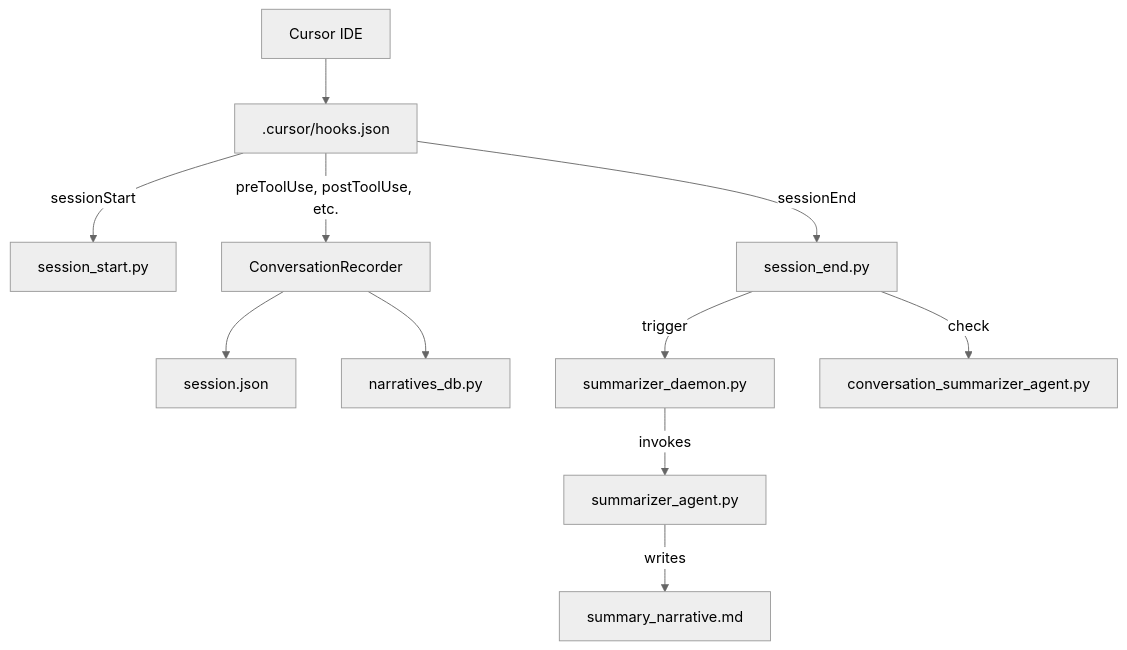
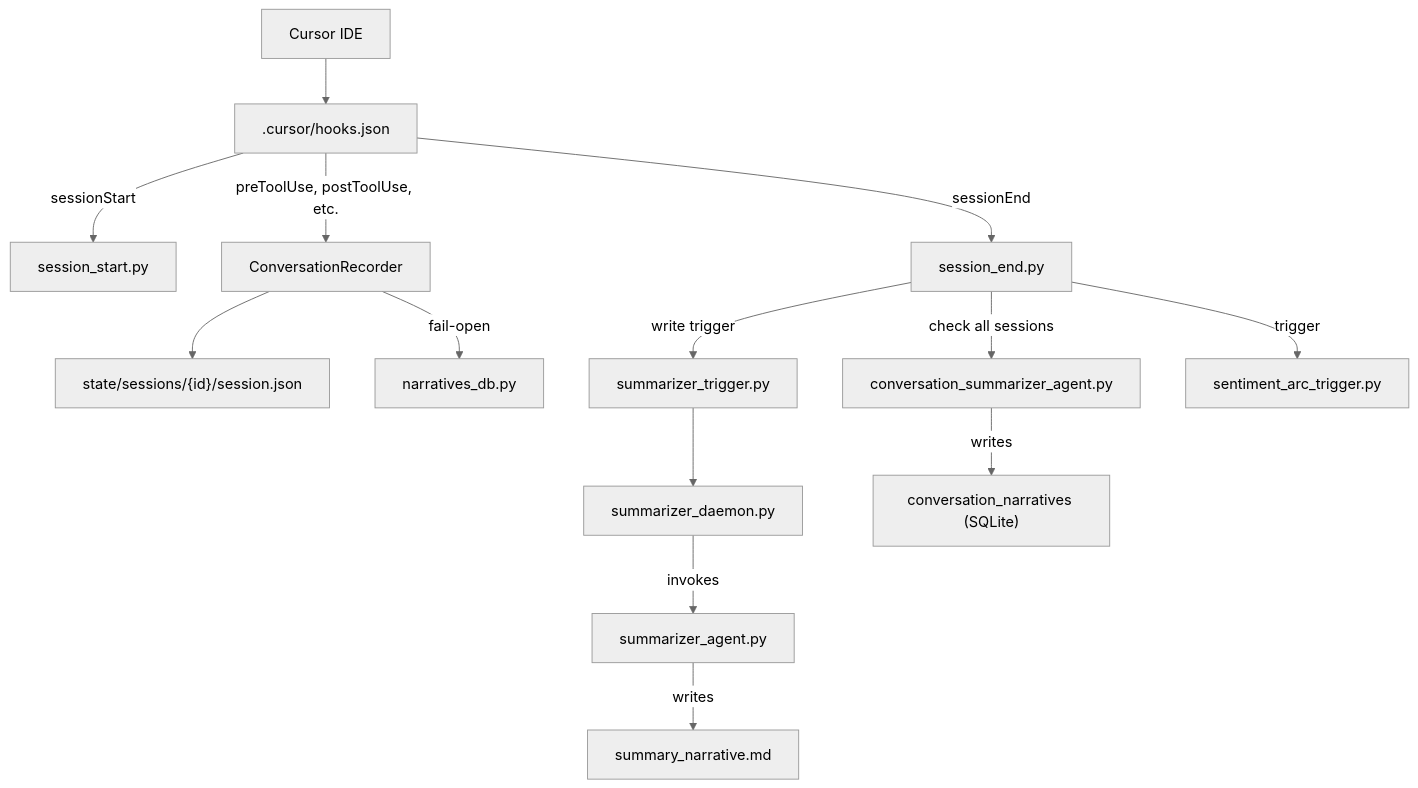
One commit to kanishka-namdeo/cursor-learning-harness changed the diagram in README.md. Above: the diagram before and after it, drawn with Mermaid (neutral theme). The commit also changed other lines of this file, not shown here.

````diff
--- a/README.md
+++ b/README.md
@@ -120,13 +69,16 @@
 ```mermaid
 flowchart TD
     Cursor["Cursor IDE"] --> Hooks[".cursor/hooks.json"]
     Hooks -->|"sessionStart"| SessionStart["session_start.py"]
     Hooks -->|"sessionEnd"| SessionEnd["session_end.py"]
     Hooks -->|"preToolUse, postToolUse, etc."| Recorder["ConversationRecorder"]
-    Recorder --> SessionJSON["session.json"]
-    Recorder --> SQLite["narratives_db.py"]
-    SessionEnd -->|"trigger"| Daemon["summarizer_daemon.py"]
+    Recorder --> SessionJSON["state/sessions/{id}/session.json"]
+    Recorder -->|"fail-open"| SQLite["narratives_db.py"]
+    SessionEnd -->|"write trigger"| Trigger["summarizer_trigger.py"]
+    Trigger --> Daemon["summarizer_daemon.py"]
     Daemon -->|"invokes"| Summarizer["summarizer_agent.py"]
     Summarizer -->|"writes"| SummaryMD["summary_narrative.md"]
-    SessionEnd -->|"check"| ConvSummarizer["conversation_summarizer_agent.py"]
+    SessionEnd -->|"check all sessions"| ConvSummarizer["conversation_summarizer_agent.py"]
+    SessionEnd -->|"trigger"| SentimentTrigger["sentiment_arc_trigger.py"]
+    ConvSummarizer -->|"writes"| ConvNarrative["conversation_narratives (SQLite)"]
 ```
````
